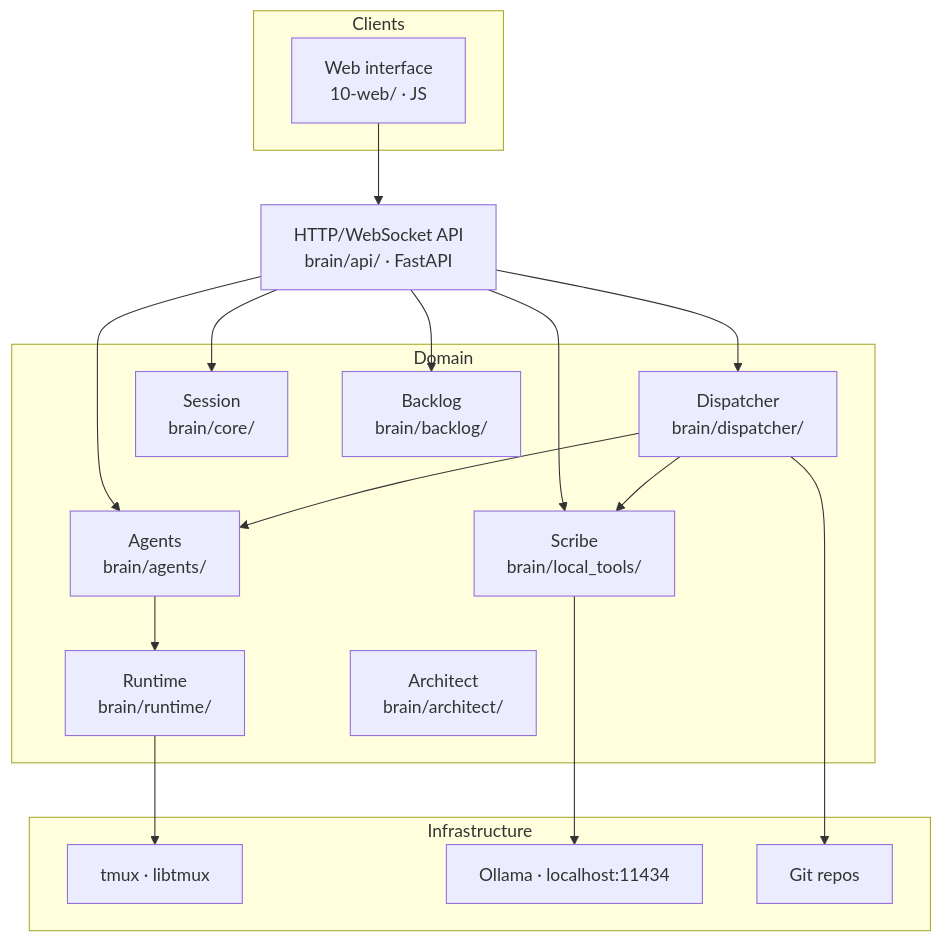
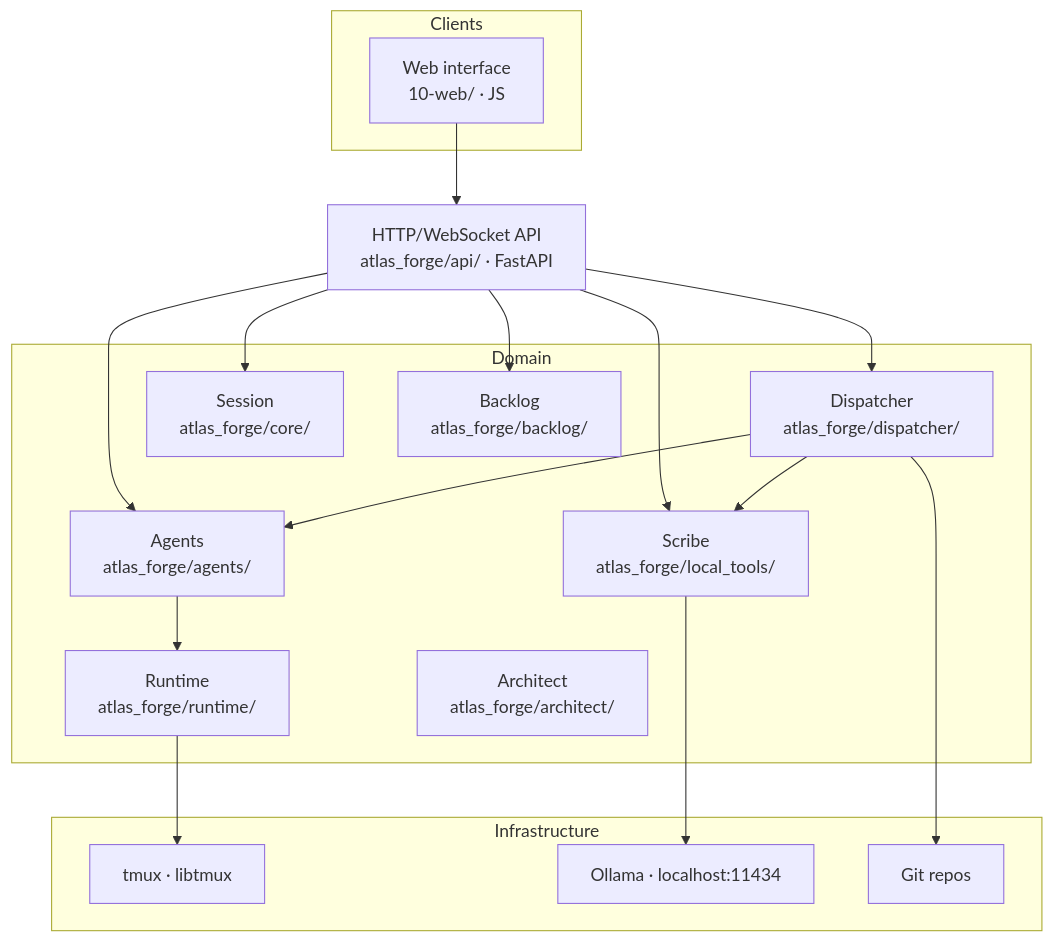
The diagram in docs/en/architecture.md (Yokosillo/atlas-forge), drawn with Mermaid before and after one commit. The commit also changed other lines of this file and 513 other files, not shown here.

First line of the commit message:
Rename package brain to atlas_forge and fix dispatcher agent lifecycle

````diff
--- a/docs/en/architecture.md
+++ b/docs/en/architecture.md
@@ -13,37 +13,37 @@
 ```mermaid
 graph TD
     subgraph Clients
         WEB[Web interface<br/>10-web/ · JS]
     end
 
-    API[HTTP/WebSocket API<br/>brain/api/ · FastAPI]
+    API[HTTP/WebSocket API<br/>atlas_forge/api/ · FastAPI]
 
     subgraph Domain
-        DISP[Dispatcher<br/>brain/dispatcher/]
-        AGENTS[Agents<br/>brain/agents/]
-        CORE[Session<br/>brain/core/]
-        RUNTIME[Runtime<br/>brain/runtime/]
-        BACKLOG[Backlog<br/>brain/backlog/]
-        ARCH[Architect<br/>brain/architect/]
-        SCRIBE[Scribe<br/>brain/local_tools/]
+        DISP[Dispatcher<br/>atlas_forge/dispatcher/]
+        AGENTS[Agents<br/>atlas_forge/agents/]
+        CORE[Session<br/>atlas_forge/core/]
+        RUNTIME[Runtime<br/>atlas_forge/runtime/]
+        BACKLOG[Backlog<br/>atlas_forge/backlog/]
+        ARCH[Architect<br/>atlas_forge/architect/]
+        SCRIBE[Scribe<br/>atlas_forge/local_tools/]
     end
 
     subgraph Infrastructure
         TMUX[tmux · libtmux]
         OLLAMA[Ollama · localhost:11434]
         GIT[Git repos]
     end
 
     WEB --> API
     API --> DISP
     API --> AGENTS
     API --> CORE
     API --> BACKLOG
     API --> SCRIBE
     DISP --> AGENTS
     DISP --> SCRIBE
     AGENTS --> RUNTIME
     RUNTIME --> TMUX
     SCRIBE --> OLLAMA
     DISP --> GIT
 ```
````
